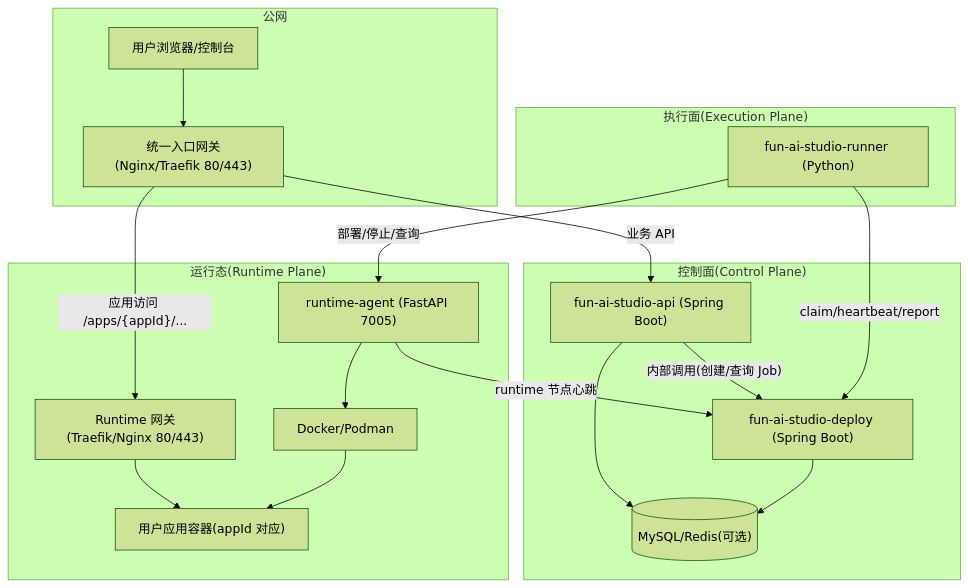
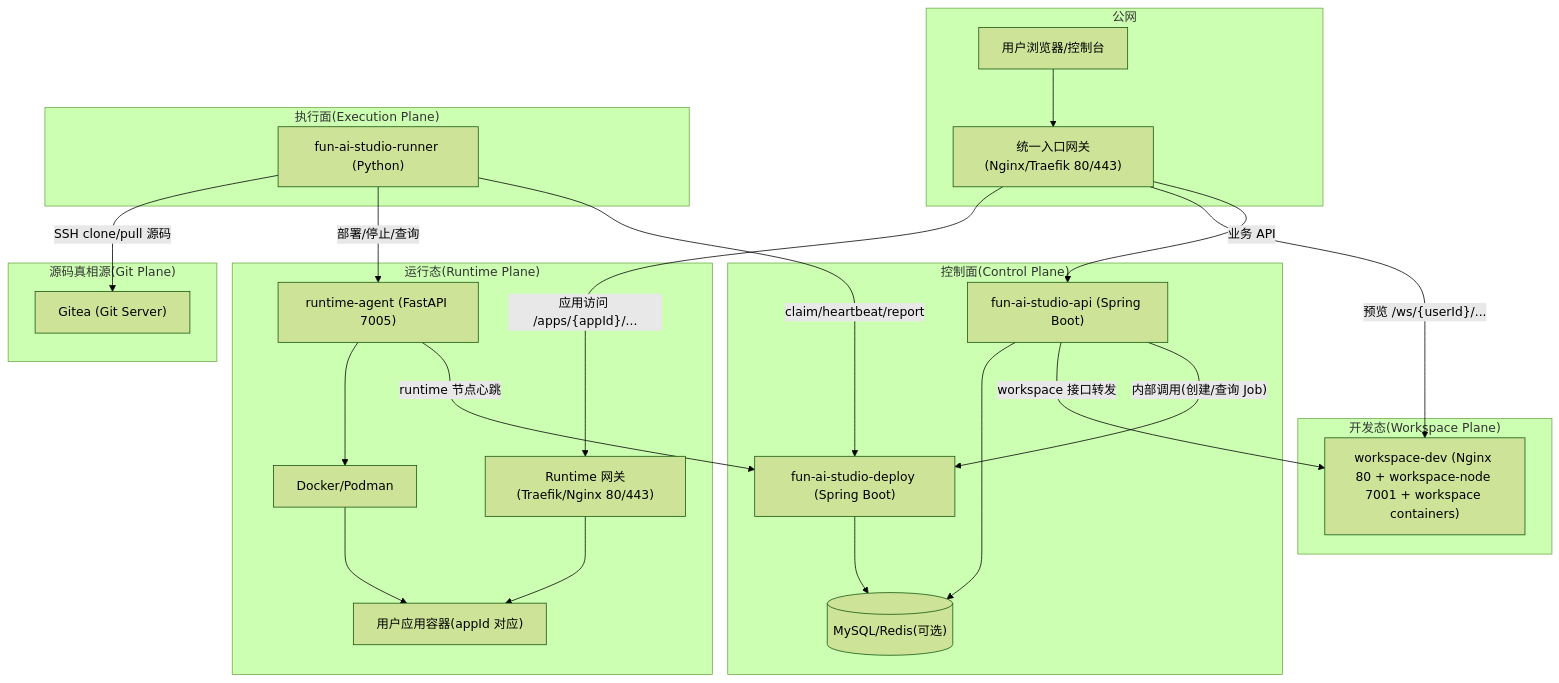
Before and after one commit to ruiAndroid/fun-ai-studio-api: the first of 3 diagrams in src/main/resources/doc/domains/deploy/architecture.md, drawn with Mermaid (forest theme). The commit also changed other lines of this file and 19 other files, not shown here.

````diff
--- a/src/main/resources/doc/domains/deploy/architecture.md
+++ b/src/main/resources/doc/domains/deploy/architecture.md
@@ -18,39 +21,50 @@
 ```mermaid
 flowchart TD
   subgraph Public["公网"]
     Browser["用户浏览器/控制台"]
     Gateway["统一入口网关(Nginx/Traefik 80/443)"]
   end
 
   subgraph ControlPlane["控制面(Control Plane)"]
     API["fun-ai-studio-api (Spring Boot)"]
     Deploy["fun-ai-studio-deploy (Spring Boot)"]
     DB[("MySQL/Redis(可选)")]
+  end
+
+  subgraph GitPlane["源码真相源(Git Plane)"]
+    Git["Gitea (Git Server)"]
+  end
+
+  subgraph WorkspacePlane["开发态(Workspace Plane)"]
+    WSDev["workspace-dev (Nginx 80 + workspace-node 7001 + workspace containers)"]
   end
 
   subgraph ExecPlane["执行面(Execution Plane)"]
     Runner["fun-ai-studio-runner (Python)"]
   end
 
   subgraph RuntimePlane["运行态(Runtime Plane)"]
     RTGW["Runtime 网关(Traefik/Nginx 80/443)"]
     Agent["runtime-agent (FastAPI 7005)"]
     Docker["Docker/Podman"]
     AppCtn["用户应用容器(appId 对应)"]
   end
 
   Browser --> Gateway
   Gateway -->|"业务 API"| API
+  Gateway -->|"预览 /ws/{userId}/..."| WSDev
   Gateway -->|"应用访问 /apps/{appId}/..."| RTGW
 
   API -->|"内部调用(创建/查询 Job)"| Deploy
+  API -->|"workspace 接口转发"| WSDev
   Runner -->|"claim/heartbeat/report"| Deploy
   Agent -->|"runtime 节点心跳"| Deploy
   Runner -->|"部署/停止/查询"| Agent
+  Runner -->|"SSH clone/pull 源码"| Git
 
   API --> DB
   Deploy --> DB
   RTGW --> AppCtn
   Agent --> Docker
   Docker --> AppCtn
 ```
````
